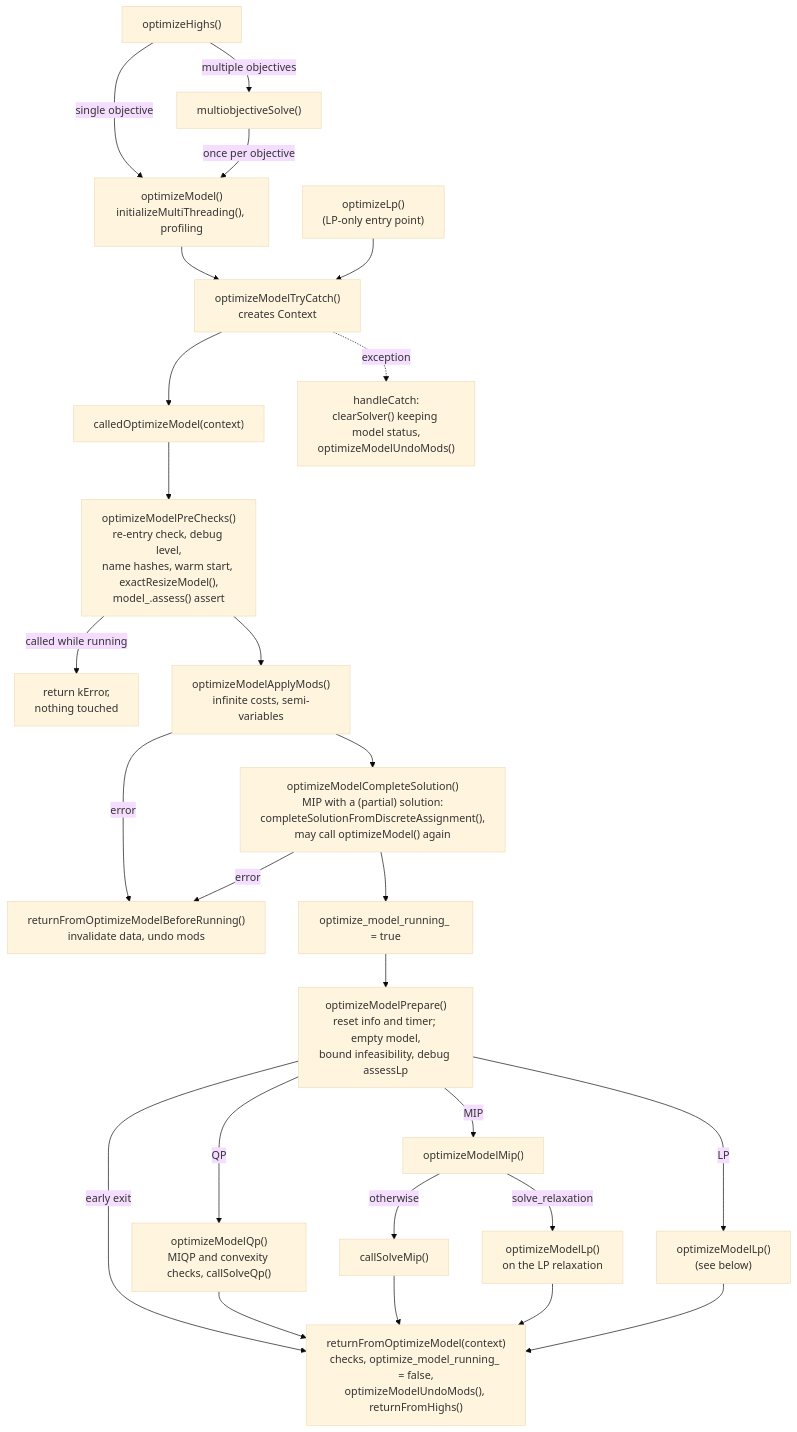
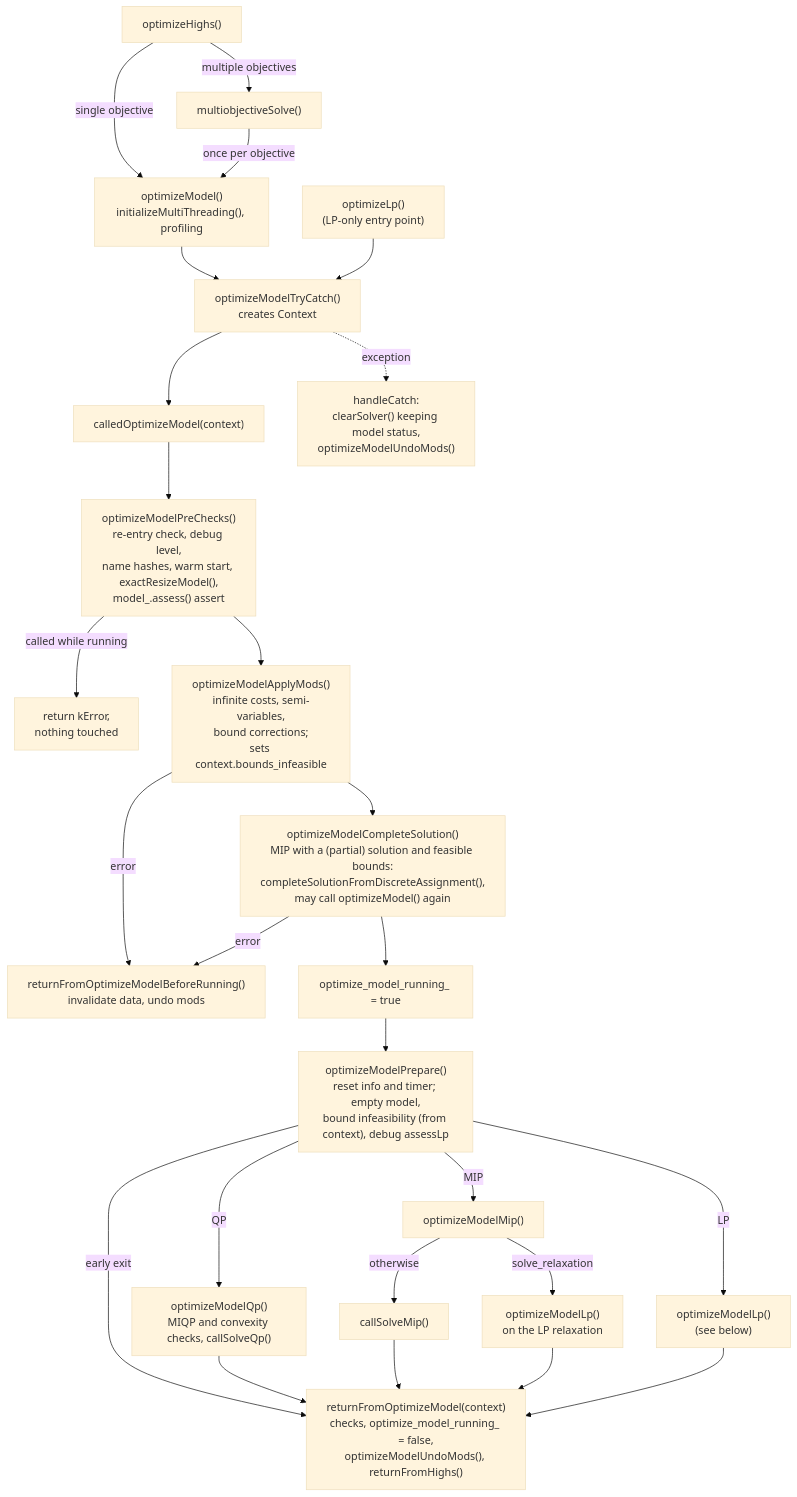
The second of 3 diagrams in highs/OptimizeModelRefactor.md (ERGO-Code/HiGHS), drawn with Mermaid (base theme) before and after one commit. The commit also changed other lines of this file and 6 other files, not shown here.

Commit message:
Bounds mods in applyMods

````diff
--- a/highs/OptimizeModelRefactor.md
+++ b/highs/OptimizeModelRefactor.md
@@ -67,32 +70,32 @@
 ```mermaid
 flowchart TD
     optimizeHighs["optimizeHighs()"] -->|multiple objectives| multi["multiobjectiveSolve()"]
     optimizeHighs -->|single objective| optimizeModel["optimizeModel()<br/>initializeMultiThreading(), profiling"]
     multi -->|once per objective| optimizeModel
 
     optimizeModel --> tryCatch["optimizeModelTryCatch()<br/>creates Context"]
     optimizeLp["optimizeLp()<br/>(LP-only entry point)"] --> tryCatch
     tryCatch --> called["calledOptimizeModel(context)"]
     tryCatch -.->|exception| catch["handleCatch:<br/>clearSolver() keeping model status,<br/>optimizeModelUndoMods()"]
 
     called --> preChecks["optimizeModelPreChecks()<br/>re-entry check, debug level,<br/>name hashes, warm start, exactResizeModel(),<br/>model_.assess() assert"]
     preChecks -->|"called while running"| refuse["return kError,<br/>nothing touched"]
-    preChecks --> applyMods["optimizeModelApplyMods()<br/>infinite costs, semi-variables"]
-    applyMods --> complete["optimizeModelCompleteSolution()<br/>MIP with a (partial) solution:<br/>completeSolutionFromDiscreteAssignment(),<br/>may call optimizeModel() again"]
+    preChecks --> applyMods["optimizeModelApplyMods()<br/>infinite costs, semi-variables,<br/>bound corrections;<br/>sets context.bounds_infeasible"]
+    applyMods --> complete["optimizeModelCompleteSolution()<br/>MIP with a (partial) solution and feasible bounds:<br/>completeSolutionFromDiscreteAssignment(),<br/>may call optimizeModel() again"]
     applyMods -->|error| early["returnFromOptimizeModelBeforeRunning()<br/>invalidate data, undo mods"]
     complete -->|error| early
     complete --> running["optimize_model_running_ = true"]
-    running --> prepare["optimizeModelPrepare()<br/>reset info and timer; empty model,<br/>bound infeasibility, debug assessLp"]
+    running --> prepare["optimizeModelPrepare()<br/>reset info and timer; empty model,<br/>bound infeasibility (from context), debug assessLp"]
 
     prepare -->|QP| qp["optimizeModelQp()<br/>MIQP and convexity checks, callSolveQp()"]
     prepare -->|MIP| mip["optimizeModelMip()"]
     prepare -->|LP| lp["optimizeModelLp()<br/>(see below)"]
     mip -->|solve_relaxation| relax["optimizeModelLp()<br/>on the LP relaxation"]
     mip -->|otherwise| callMip["callSolveMip()"]
 
     prepare -->|early exit| returnFrom
     qp --> returnFrom["returnFromOptimizeModel(context)<br/>checks, optimize_model_running_ = false,<br/>optimizeModelUndoMods(), returnFromHighs()"]
     callMip --> returnFrom
     relax --> returnFrom
     lp --> returnFrom
 ```
````
